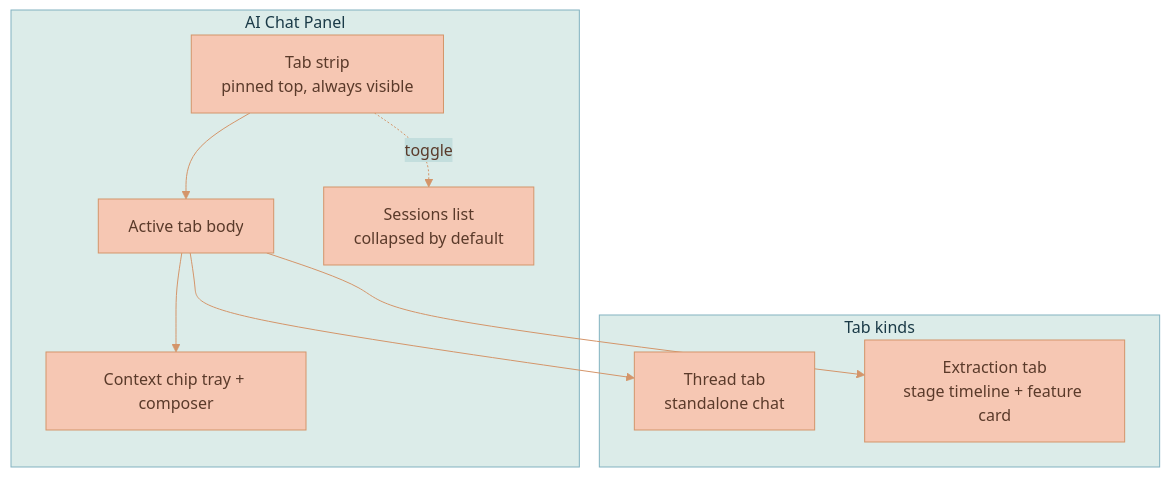
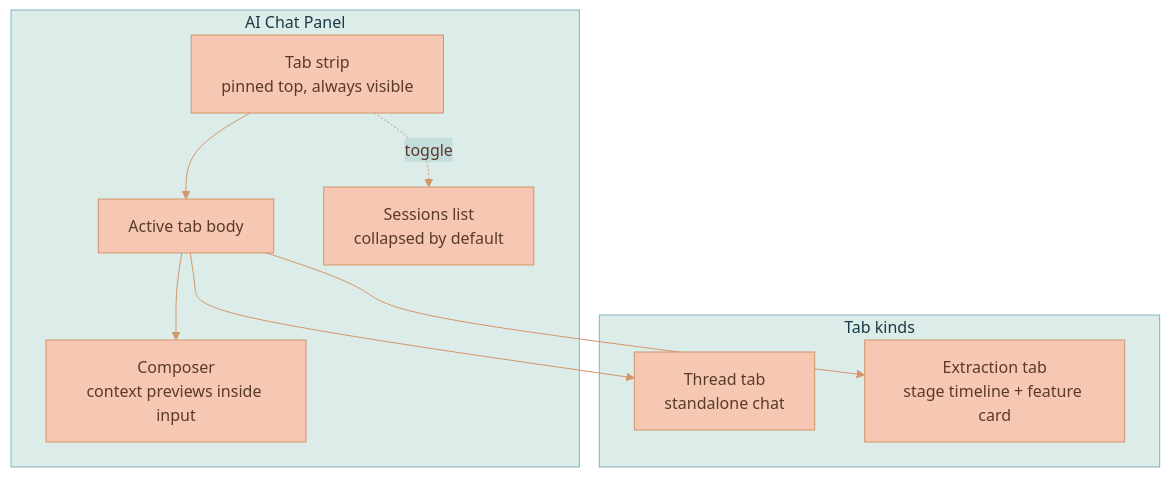
Before and after one commit to Lixpi/lixpi: the first of 2 diagrams in documentation/ai-chat/CHAT-PANEL-AND-SESSIONS.md, drawn with Mermaid. The commit also changed other lines of this file and 9 other files, not shown here.

Commit message:
LIX-234 # Move AI chat context previews into composer

````diff
--- a/documentation/ai-chat/CHAT-PANEL-AND-SESSIONS.md
+++ b/documentation/ai-chat/CHAT-PANEL-AND-SESSIONS.md
@@ -91,21 +93,21 @@
 ```mermaid
 %%{init: {'theme': 'base', 'themeVariables': { 'primaryColor': '#F6C7B3', 'primaryTextColor': '#5a3a2a', 'primaryBorderColor': '#d4956a', 'secondaryColor': '#C3DEDD', 'secondaryTextColor': '#1a3a47', 'secondaryBorderColor': '#4a8a9d', 'tertiaryColor': '#DCECE9', 'tertiaryTextColor': '#1a3a47', 'tertiaryBorderColor': '#82B2C0', 'lineColor': '#d4956a', 'textColor': '#5a3a2a'}}}%%
 flowchart TB
     subgraph Panel["AI Chat Panel"]
         Strip[Tab strip<br/>pinned top, always visible]
         Body[Active tab body]
-        Tray[Context chip tray + composer]
+        Composer[Composer<br/>context previews inside input]
         Sessions[Sessions list<br/>collapsed by default]
     end
 
     subgraph TabKinds["Tab kinds"]
         Thread[Thread tab<br/>standalone chat]
         Extraction[Extraction tab<br/>stage timeline + feature card]
     end
 
     Strip --> Body
     Body --> Thread
     Body --> Extraction
-    Body --> Tray
+    Body --> Composer
     Strip -.toggle.-> Sessions
 ```
````
